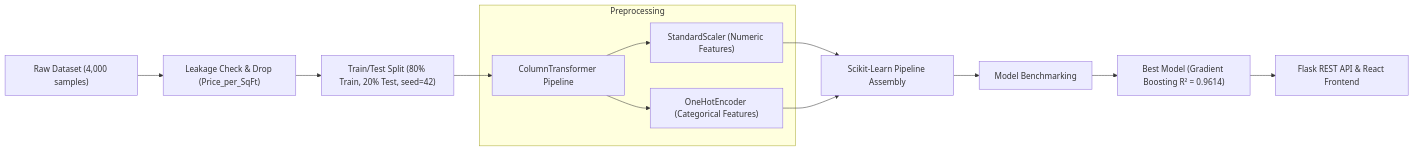
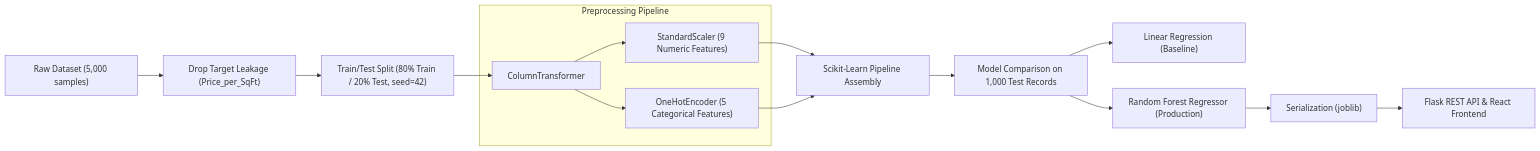
The diagram in README.md (pandeyadityanew-web/ML-Mini-Project--House-Price-Prediction), drawn with Mermaid before and after one commit. The commit also changed other lines of this file and 16 other files, not shown here.

Commit message:
refactor: simplify ML pipeline to Linear Regression and Random Forest, add VIVA_NOTES.md and educational notebook

````diff
--- a/README.md
+++ b/README.md
@@ -70,16 +94,18 @@
 ```mermaid
 flowchart LR
-    A["Raw Dataset (4,000 samples)"] --> B["Leakage Check & Drop (Price_per_SqFt)"]
-    B --> C["Train/Test Split (80% Train, 20% Test, seed=42)"]
-    C --> D["ColumnTransformer Pipeline"]
+    A["Raw Dataset (5,000 samples)"] --> B["Drop Target Leakage (Price_per_SqFt)"]
+    B --> C["Train/Test Split (80% Train / 20% Test, seed=42)"]
+    C --> D["ColumnTransformer"]
     
-    subgraph Preprocessing
-        D --> E["StandardScaler (Numeric Features)"]
-        D --> F["OneHotEncoder (Categorical Features)"]
+    subgraph Preprocessing [Preprocessing Pipeline]
+        D --> E["StandardScaler (9 Numeric Features)"]
+        D --> F["OneHotEncoder (5 Categorical Features)"]
     end
     
     E & F --> G["Scikit-Learn Pipeline Assembly"]
-    G --> H["Model Benchmarking"]
-    H --> I["Best Model (Gradient Boosting R² = 0.9614)"]
-    I --> J["Flask REST API & React Frontend"]
+    G --> H["Model Comparison on 1,000 Test Records"]
+    H --> I["Linear Regression (Baseline)"]
+    H --> J["Random Forest Regressor (Production)"]
+    J --> K["Serialization (joblib)"]
+    K --> L["Flask REST API & React Frontend"]
 ```
````
